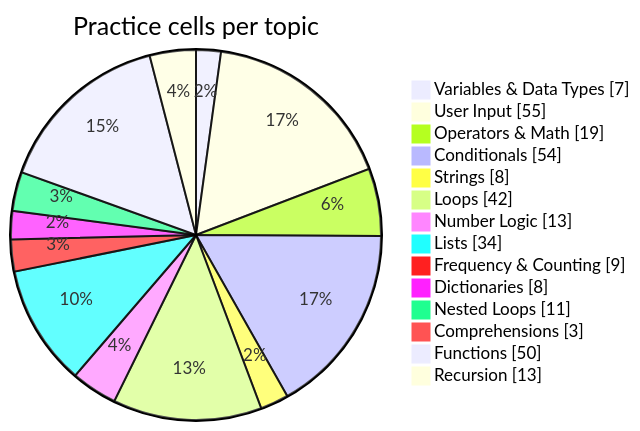
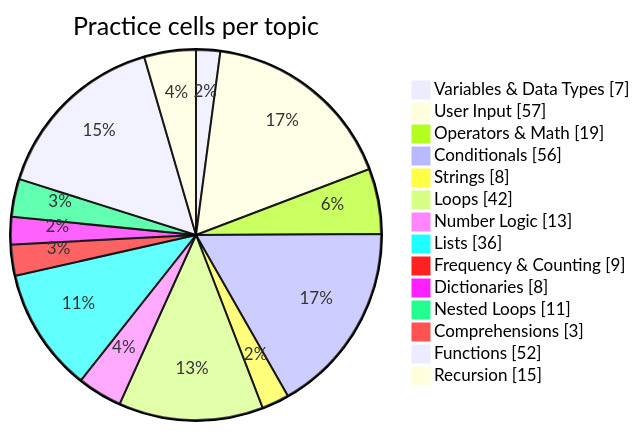
One commit to Phantom2101/Python-Daily-Practice changed the diagram in README.md. Above: the diagram before and after it, drawn with Mermaid. The commit also changed other lines of this file and 1 other file, not shown here.

````diff
--- a/README.md
+++ b/README.md
@@ -126,17 +126,17 @@
 ```mermaid
 pie showData title Practice cells per topic
     "Variables & Data Types" : 7
-    "User Input" : 55
+    "User Input" : 57
     "Operators & Math" : 19
-    "Conditionals" : 54
+    "Conditionals" : 56
     "Strings" : 8
     "Loops" : 42
     "Number Logic" : 13
-    "Lists" : 34
+    "Lists" : 36
     "Frequency & Counting" : 9
     "Dictionaries" : 8
     "Nested Loops" : 11
     "Comprehensions" : 3
-    "Functions" : 50
-    "Recursion" : 13
+    "Functions" : 52
+    "Recursion" : 15
 ```
````
